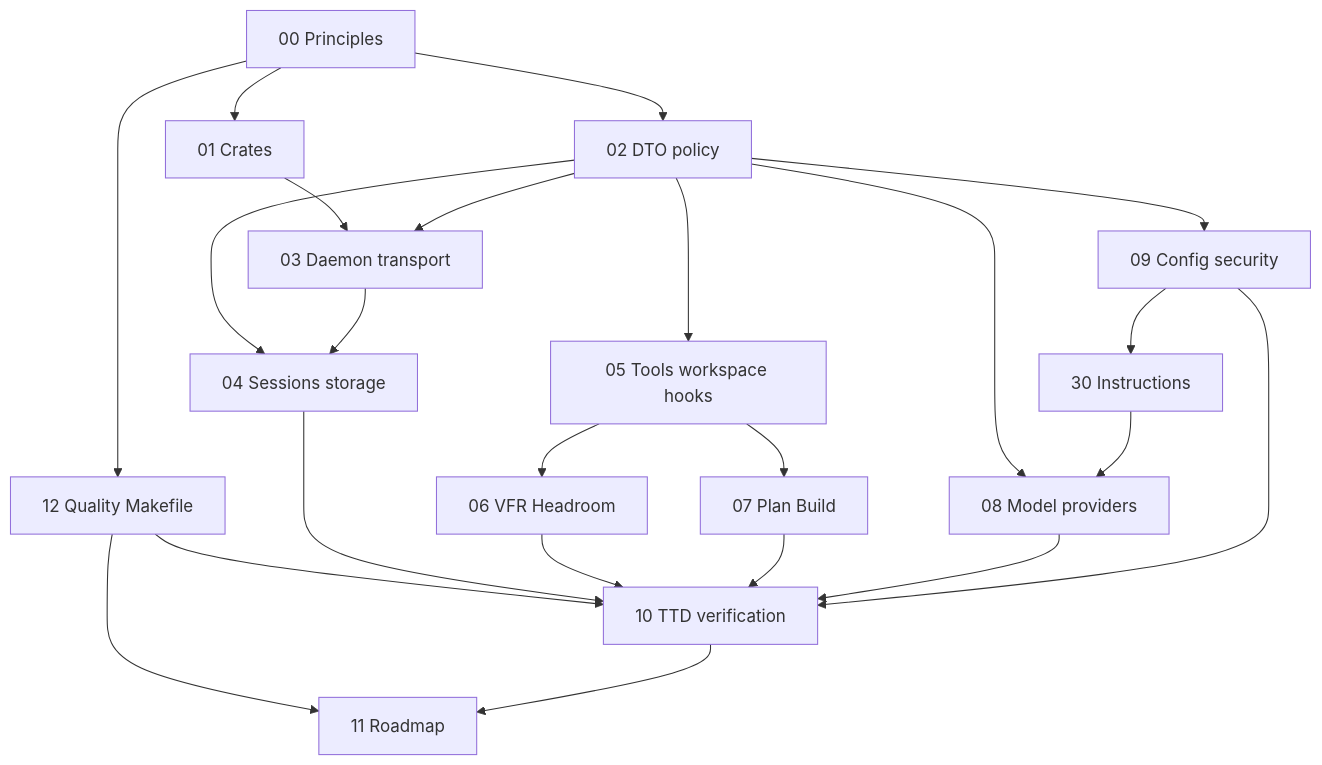
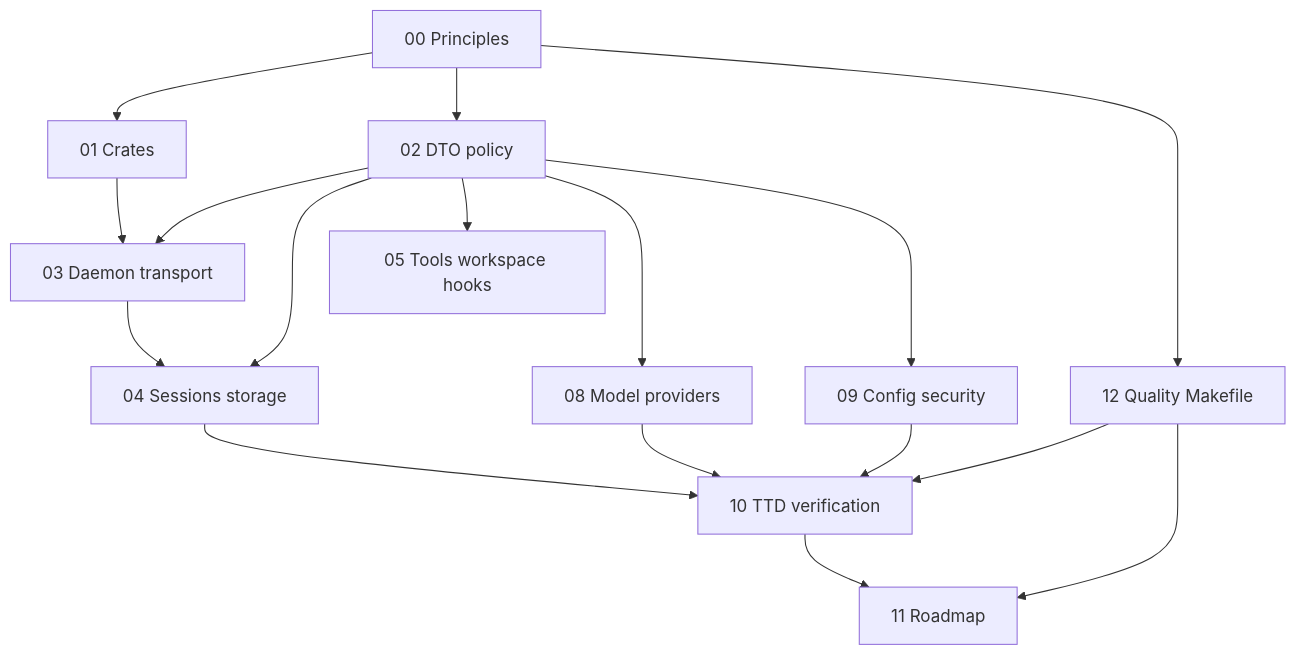
Before and after one commit to y0tsy/intention-relay: the second of 2 diagrams in docs/intention-relay/architecture/README.md, drawn with Mermaid. The commit also changed other lines of this file and 65 other files, not shown here.

First line of the commit message:
docs(history): remove the unimplemented post-M5 architecture set

````diff
--- a/docs/intention-relay/architecture/README.md
+++ b/docs/intention-relay/architecture/README.md
@@ -114,25 +94,19 @@
 ```mermaid
 flowchart TD
   P[00 Principles] --> C[01 Crates]
   P --> D[02 DTO policy]
   C --> T[03 Daemon transport]
   D --> T
   D --> S[04 Sessions storage]
   T --> S
   D --> W[05 Tools workspace hooks]
-  W --> V[06 VFR Headroom]
-  W --> B[07 Plan Build]
   D --> M[08 Model providers]
   D --> G[09 Config security]
   P --> K[12 Quality Makefile]
   K --> Q[10 TTD verification]
   K --> R[11 Roadmap]
   S --> Q
-  V --> Q
-  B --> Q
   M --> Q
   G --> Q
-  G --> I30[30 Instructions]
-  I30 --> M
   Q --> R[11 Roadmap]
 ```
````
